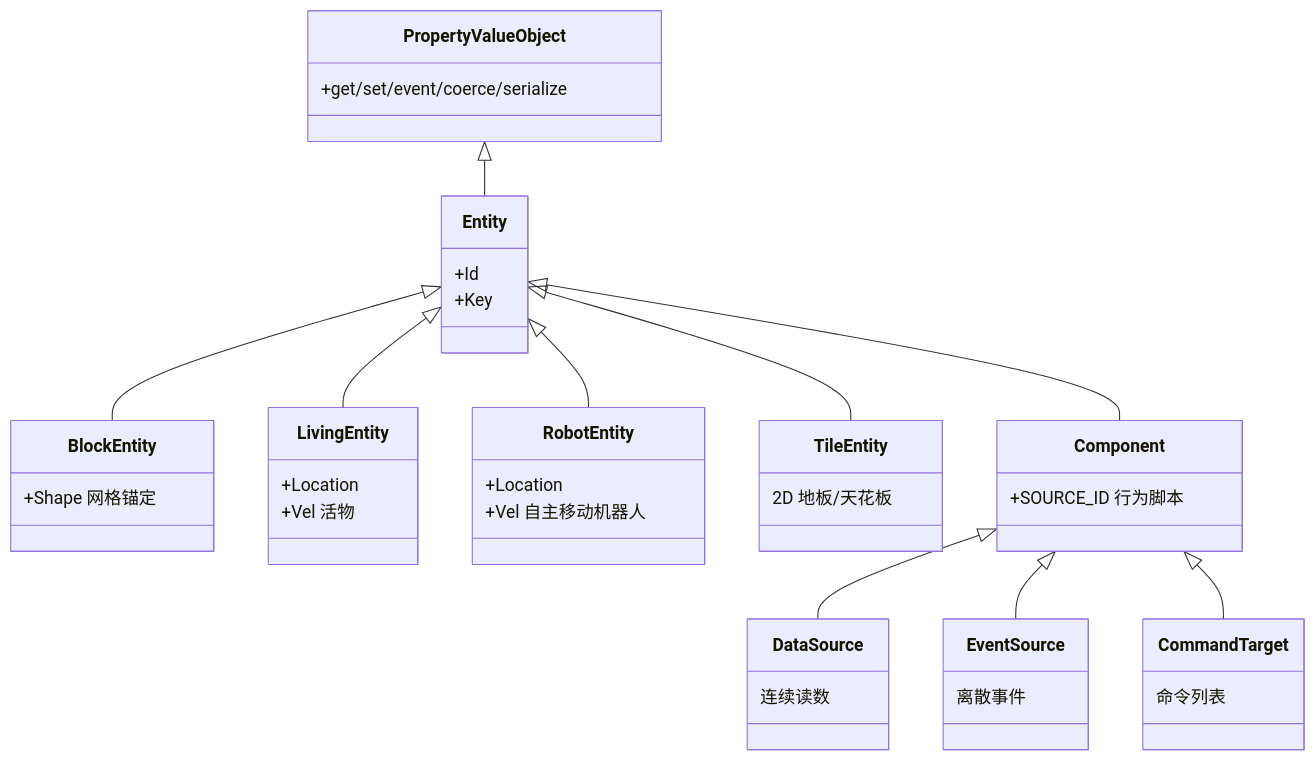
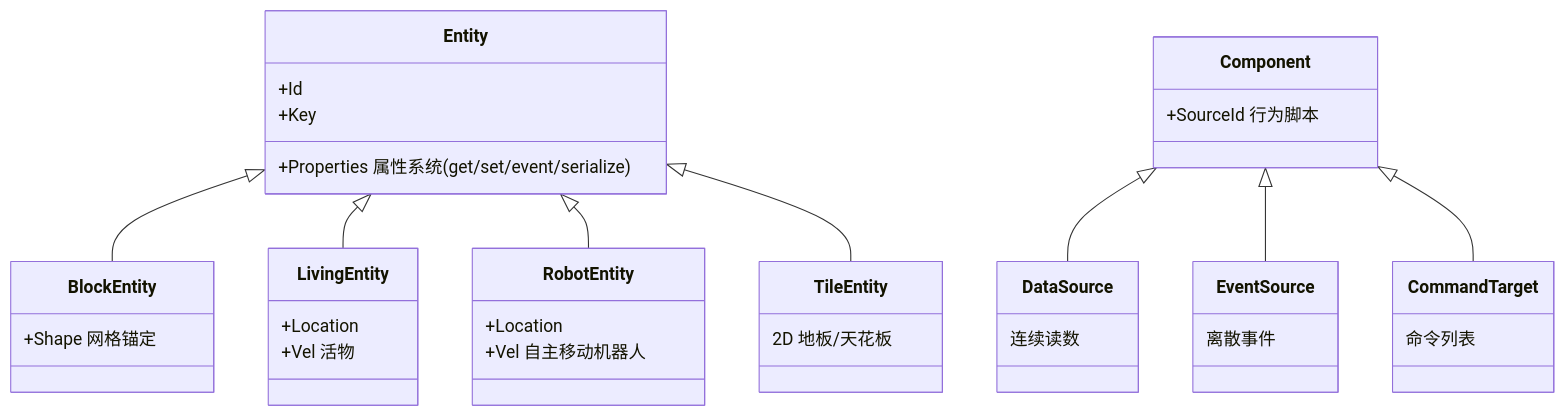
Before and after one commit to momoka-ai/momoka: the first of 6 diagrams in Documentation/DESIGN_HOME.md, drawn with Mermaid. The commit also changed other lines of this file and 24 other files, not shown here.

Commit message:
[Home]: Refactor; PVO 并入 Entity（Property.Value 每实例值 + Clone），组件转普通类型载体，删 _coercions 死代码

````diff
--- a/Documentation/DESIGN_HOME.md
+++ b/Documentation/DESIGN_HOME.md
@@ -38,48 +38,44 @@
 ```mermaid
 classDiagram
     direction TB
 
-    class PropertyValueObject {
-        +get/set/event/coerce/serialize
-    }
     class Entity {
         +Id
         +Key
+        +Properties 属性系统(get/set/event/serialize)
     }
     class BlockEntity {
         +Shape 网格锚定
     }
     class LivingEntity {
         +Location
         +Vel 活物
     }
     class RobotEntity {
         +Location
         +Vel 自主移动机器人
     }
     class TileEntity {
         2D 地板/天花板
     }
     class Component {
-        +SOURCE_ID 行为脚本
+        +SourceId 行为脚本
     }
     class DataSource {
         连续读数
     }
     class EventSource {
         离散事件
     }
     class CommandTarget {
         命令列表
     }
 
-    PropertyValueObject <|-- Entity
     Entity <|-- BlockEntity
     Entity <|-- LivingEntity
     Entity <|-- RobotEntity
     Entity <|-- TileEntity
-    Entity <|-- Component
     Component <|-- DataSource
     Component <|-- EventSource
     Component <|-- CommandTarget
 ```
````
